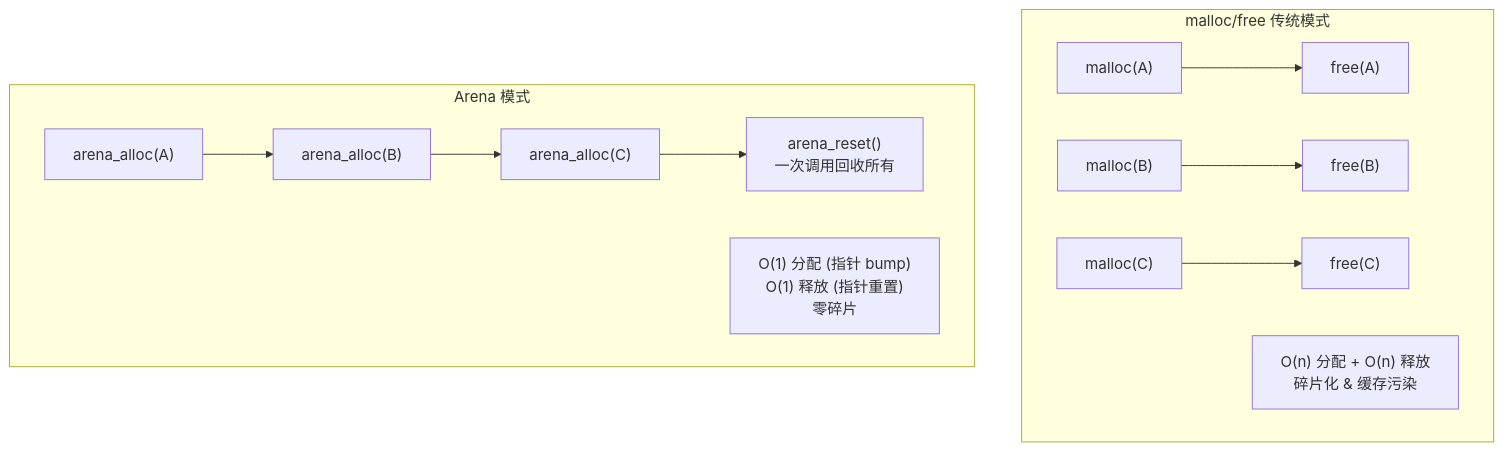
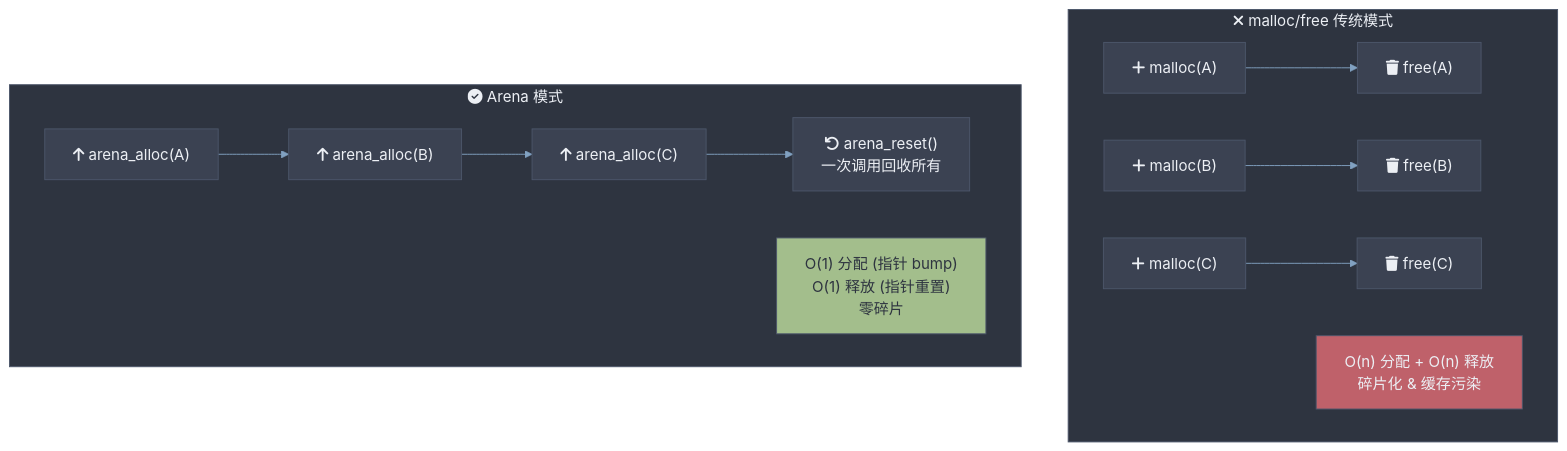
One commit to quintin-lee/csilk changed the first of 6 diagrams in docs/module-design/arena.md. Above: the diagram before and after it, drawn with Mermaid. The commit also changed other lines of this file and 30 other files, not shown here.

Commit message:
docs(docs): 📝 apply Nord Mermaid theme, RFC 2119 keywords, and quantified metrics to all docs

````diff
--- a/docs/module-design/arena.md
+++ b/docs/module-design/arena.md
@@ -13,16 +13,40 @@
 ```mermaid
+%%{init: {
+  'theme': 'base',
+  'themeVariables': {
+    'background': '#2E3440',
+    'primaryColor': '#81A1C1',
+    'primaryBorderColor': '#4C566A',
+    'primaryTextColor': '#ECEFF4',
+    'secondaryColor': '#3B4252',
+    'secondaryBorderColor': '#434C5E',
+    'secondaryTextColor': '#D8DEE9',
+    'lineColor': '#81A1C1',
+    'textColor': '#ECEFF4',
+    'mainBkg': '#3B4252',
+    'nodeBorder': '#4C566A',
+    'clusterBkg': '#2E3440',
+    'clusterBorder': '#4C566A',
+    'titleColor': '#ECEFF4',
+    'edgeLabelBackground': '#3B4252',
+    'nodeTextColor': '#ECEFF4'
+  },
+  'flowchart': {'htmlLabels': true, 'curve': 'basis'}
+}}%%
 graph TB
-    subgraph "malloc/free 传统模式"
-        ALLOC1["malloc(A)"] --> FREE1["free(A)"]
-        ALLOC2["malloc(B)"] --> FREE2["free(B)"]
-        ALLOC3["malloc(C)"] --> FREE3["free(C)"]
+    subgraph traditional["fa:fa-times malloc/free 传统模式"]
+        ALLOC1["fa:fa-plus malloc(A)"] --> FREE1["fa:fa-trash free(A)"]
+        ALLOC2["fa:fa-plus malloc(B)"] --> FREE2["fa:fa-trash free(B)"]
+        ALLOC3["fa:fa-plus malloc(C)"] --> FREE3["fa:fa-trash free(C)"]
         Note1["O(n) 分配 + O(n) 释放<br/>碎片化 & 缓存污染"]
+        style Note1 fill:#BF616A,stroke:#4C566A,color:#ECEFF4
     end
 
-    subgraph "Arena 模式"
-        A1["arena_alloc(A)"] --> A2["arena_alloc(B)"]
-        A2 --> A3["arena_alloc(C)"]
-        A3 --> RESET["arena_reset()<br/>一次调用回收所有"]
+    subgraph arena_mode["fa:fa-check-circle Arena 模式"]
+        A1["fa:fa-arrow-up arena_alloc(A)"] --> A2["fa:fa-arrow-up arena_alloc(B)"]
+        A2 --> A3["fa:fa-arrow-up arena_alloc(C)"]
+        A3 --> RESET["fa:fa-undo arena_reset()<br/>一次调用回收所有"]
         Note2["O(1) 分配 (指针 bump)<br/>O(1) 释放 (指针重置)<br/>零碎片"]
+        style Note2 fill:#A3BE8C,stroke:#4C566A,color:#2E3440
     end
 ```
````
